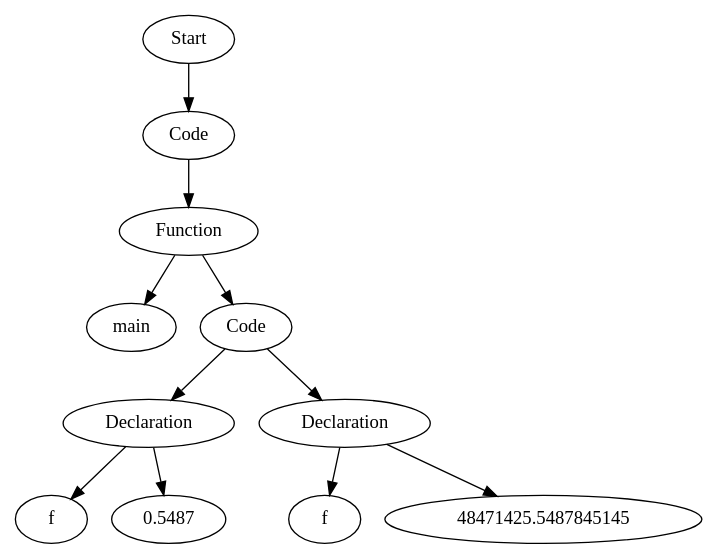
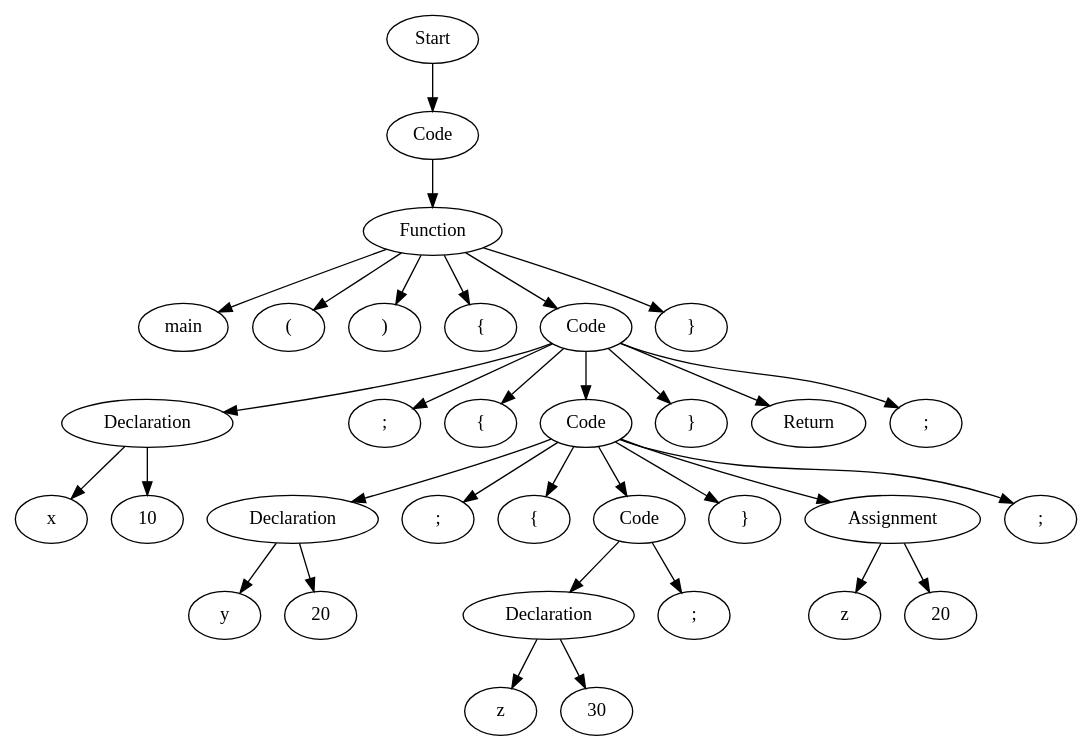
Before and after one commit to Are-you-listening/Compilers: the diagram in TestCases/ASTTests/SemanticErrorsTests/CreateTests/read_file_before.dot, drawn with Graphviz. The commit also changed 18 other files, not shown here.

```diff
--- a/TestCases/ASTTests/SemanticErrorsTests/CreateTests/read_file_before.dot
+++ b/TestCases/ASTTests/SemanticErrorsTests/CreateTests/read_file_before.dot
@@ -1,23 +1,67 @@
 digraph AST {
-  "126604346428960" [label="Start"];
-  "126604346428960" -> "126604346430352";
-  "126604346430352" [label="Code"];
-  "126604346430352" -> "126604346430784";
-  "126604346430784" [label="Function"];
-  "126604346430784" -> "126604346432896";
-  "126604346430784" -> "126604346429152";
-  "126604346432896" [label="main"];
-  "126604346429152" [label="Code"];
-  "126604346429152" -> "126604346434432";
-  "126604346429152" -> "126604346433040";
-  "126604346434432" [label="Declaration"];
-  "126604346434432" -> "126604346431456";
-  "126604346434432" -> "126604346432512";
-  "126604346431456" [label="f"];
-  "126604346432512" [label="0.5487"];
-  "126604346433040" [label="Declaration"];
-  "126604346433040" -> "126604346430640";
-  "126604346433040" -> "126604346431360";
-  "126604346430640" [label="f"];
-  "126604346431360" [label="48471425.5487845145"];
+  "1990978677216" [label="Start"];
+  "1990978677216" -> "1990978676304";
+  "1990978676304" [label="Code"];
+  "1990978676304" -> "1990978674864";
+  "1990978674864" [label="Function"];
+  "1990978674864" -> "1990978672272";
+  "1990978674864" -> "1990978681056";
+  "1990978674864" -> "1990978681872";
+  "1990978674864" -> "1990978670352";
+  "1990978674864" -> "1990978681536";
+  "1990978674864" -> "1990978680096";
+  "1990978672272" [label="main"];
+  "1990978681056" [label="("];
+  "1990978681872" [label=")"];
+  "1990978670352" [label="{"];
+  "1990978681536" [label="Code"];
+  "1990978681536" -> "1990978680048";
+  "1990978681536" -> "1990978679904";
+  "1990978681536" -> "1990978682352";
+  "1990978681536" -> "1990978681584";
+  "1990978681536" -> "1990978677888";
+  "1990978681536" -> "1990978678608";
+  "1990978681536" -> "1990978678224";
+  "1990978680048" [label="Declaration"];
+  "1990978680048" -> "1990978671984";
+  "1990978680048" -> "1990978678032";
+  "1990978671984" [label="x"];
+  "1990978678032" [label="10"];
+  "1990978679904" [label=";"];
+  "1990978682352" [label="{"];
+  "1990978681584" [label="Code"];
+  "1990978681584" -> "1990978678944";
+  "1990978681584" -> "1990978670880";
+  "1990978681584" -> "1990978672752";
+  "1990978681584" -> "1990978678368";
+  "1990978681584" -> "1990978676064";
+  "1990978681584" -> "1990978674048";
+  "1990978681584" -> "1990978677696";
+  "1990978678944" [label="Declaration"];
+  "1990978678944" -> "1990978675872";
+  "1990978678944" -> "1990978679424";
+  "1990978675872" [label="y"];
+  "1990978679424" [label="20"];
+  "1990978670880" [label=";"];
+  "1990978672752" [label="{"];
+  "1990978678368" [label="Code"];
+  "1990978678368" -> "1990978675584";
+  "1990978678368" -> "1990978681632";
+  "1990978675584" [label="Declaration"];
+  "1990978675584" -> "1990978677312";
+  "1990978675584" -> "1990978680000";
+  "1990978677312" [label="z"];
+  "1990978680000" [label="30"];
+  "1990978681632" [label=";"];
+  "1990978676064" [label="}"];
+  "1990978674048" [label="Assignment"];
+  "1990978674048" -> "1990978677648";
+  "1990978674048" -> "1990978677360";
+  "1990978677648" [label="z"];
+  "1990978677360" [label="20"];
+  "1990978677696" [label=";"];
+  "1990978677888" [label="}"];
+  "1990978678608" [label="Return"];
+  "1990978678224" [label=";"];
+  "1990978680096" [label="}"];
 }
```
